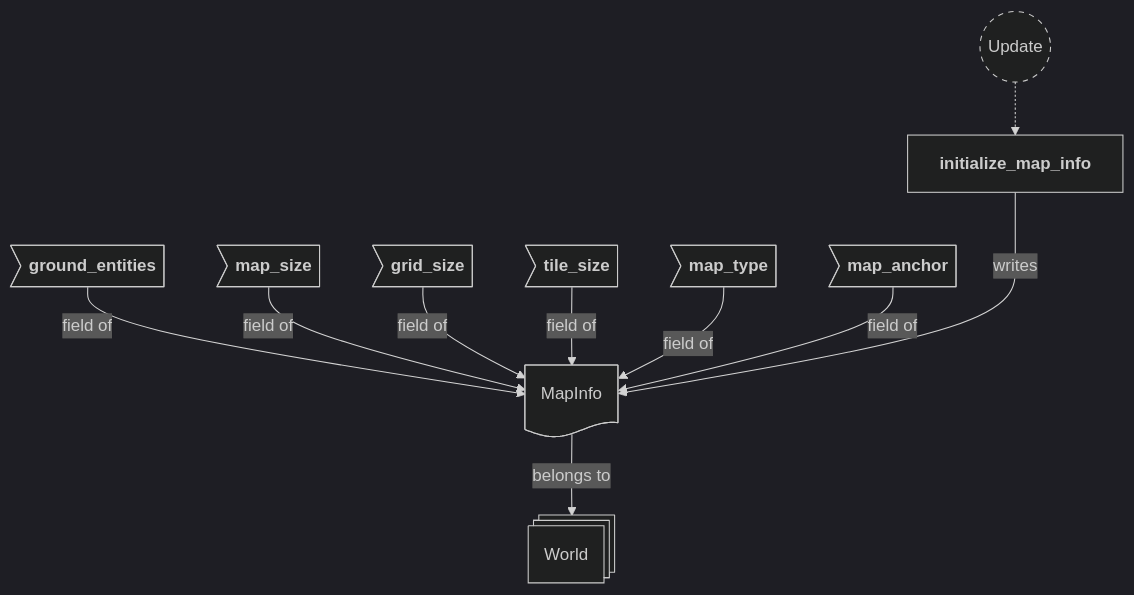
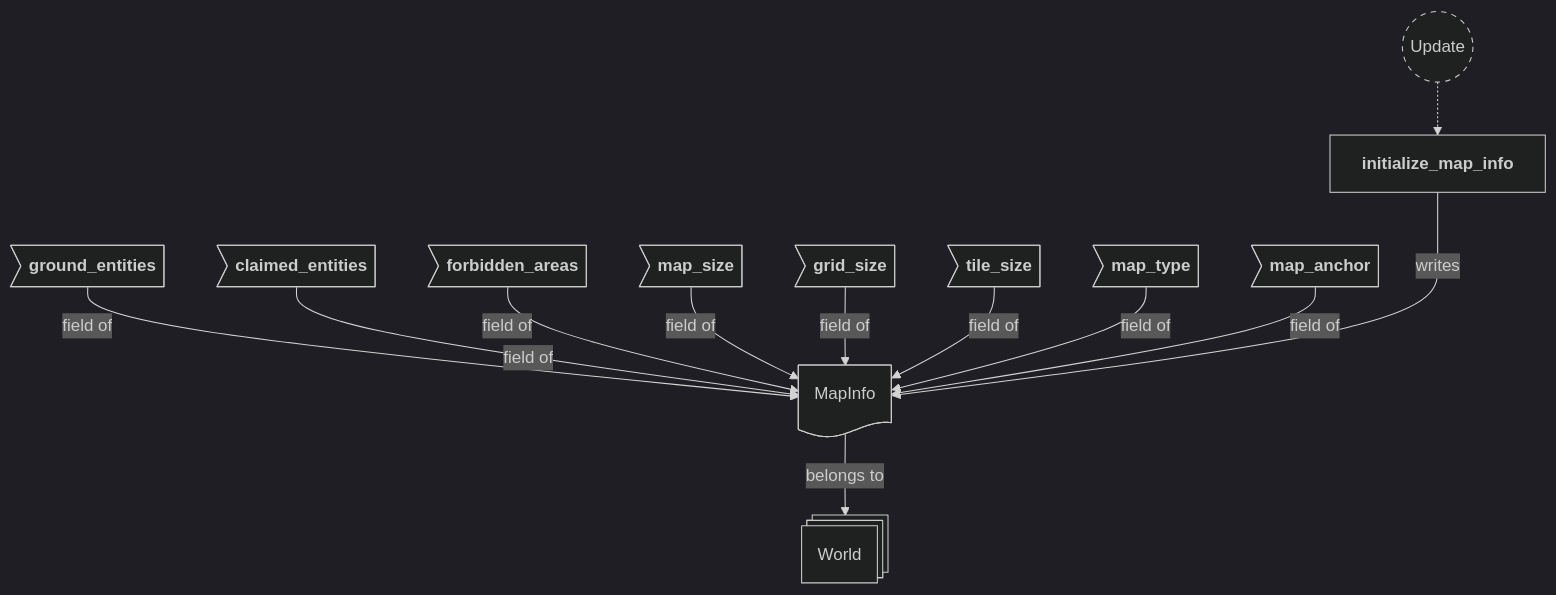
The sixth of 9 diagrams in backlog/docs/doc-3 - 001-Maps-plugin.md (neurosoup/tyled), drawn with Mermaid before and after one commit. The commit also changed other lines of this file and 11 other files, not shown here.

````diff
--- a/backlog/docs/doc-3 - 001-Maps-plugin.md
+++ b/backlog/docs/doc-3 - 001-Maps-plugin.md
@@ -191,34 +248,38 @@
 ```mermaid
 ---
 config:
   theme: dark
 ---
 
 flowchart TD
 classDef system-group stroke-dasharray: 5 5
 
 update(("`Update`")):::system-group
 initialize_map_info["`**initialize_map_info**`"]
 
 update -.-> initialize_map_info
 
 world@{ shape: st-rect, label: "World" }
 map_info_res@{ shape: doc, label: "MapInfo" }
 
 map_info_ground>"`**ground_entities**`"]
+map_info_claimed>"`**claimed_entities**`"]
+map_info_forbidden>"`**forbidden_areas**`"]
 map_info_map_size>"`**map_size**`"]
 map_info_grid_size>"`**grid_size**`"]
 map_info_tile_size>"`**tile_size**`"]
 map_info_map_type>"`**map_type**`"]
 map_info_map_anchor>"`**map_anchor**`"]
 
 map_info_res --> |belongs to| world
 map_info_ground --> |field of| map_info_res
+map_info_claimed --> |field of| map_info_res
+map_info_forbidden --> |field of| map_info_res
 map_info_map_size --> |field of| map_info_res
 map_info_grid_size --> |field of| map_info_res
 map_info_tile_size --> |field of| map_info_res
 map_info_map_type --> |field of| map_info_res
 map_info_map_anchor --> |field of| map_info_res
 
 initialize_map_info ---> |writes| map_info_res
 ```
````
